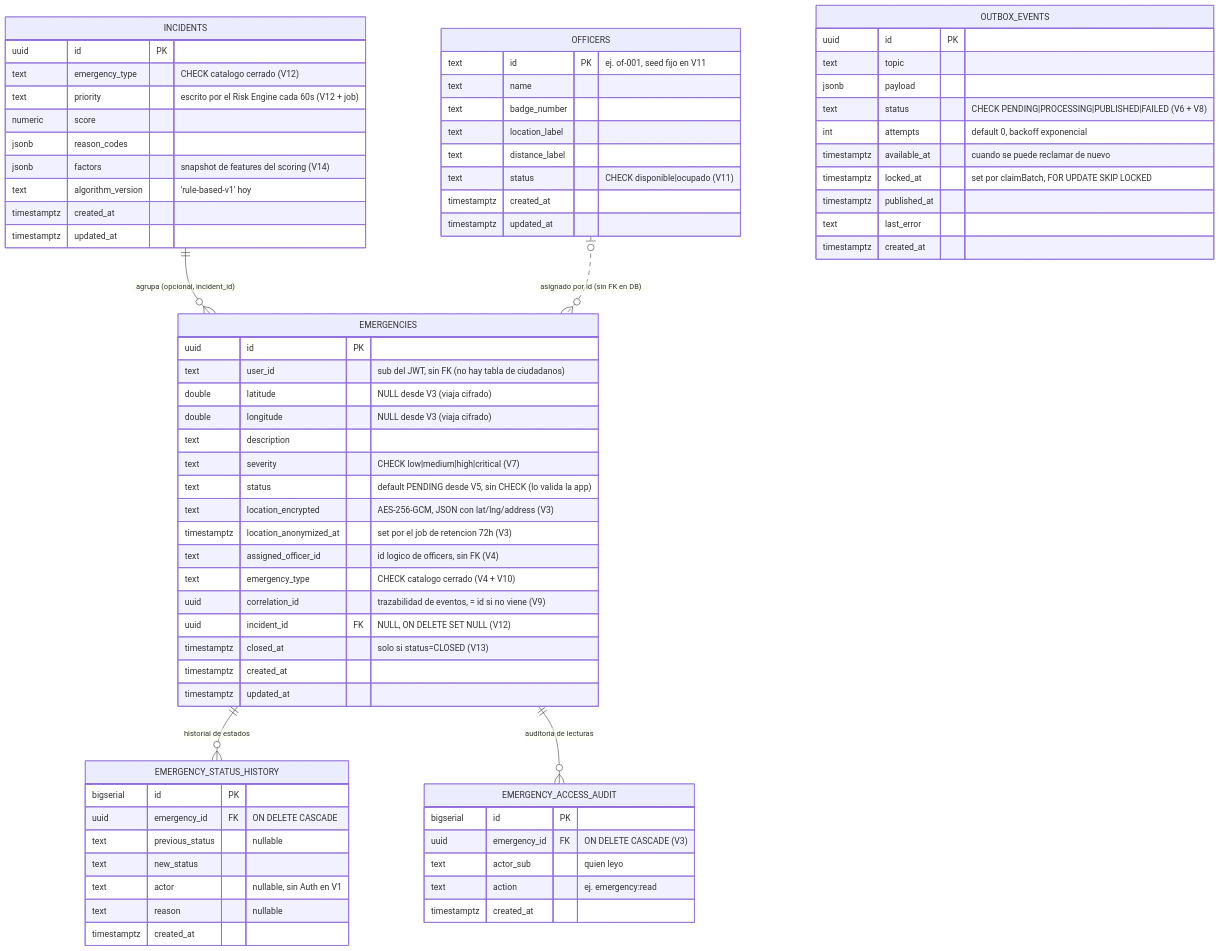
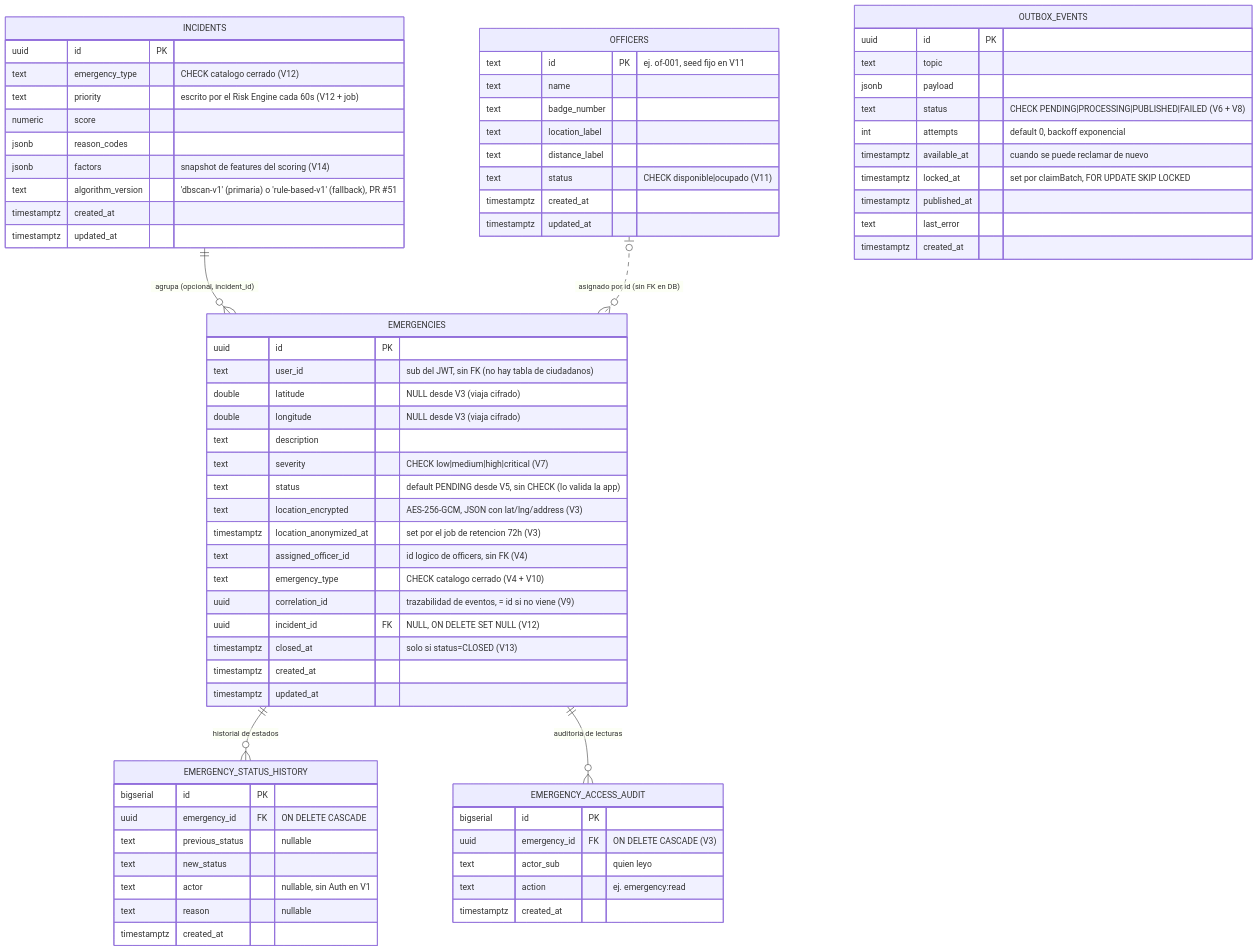
The diagram in docs/diagramas/02-modelo-entidad-relacion.md (G6D2/emergencias-backend), drawn with Mermaid before and after one commit. The commit also changed 4 other files, not shown here.

First line of the commit message:
docs: actualizar diagramas con DbscanGrouper e IncidentDetectionStrategy (#51)

````diff
--- a/docs/diagramas/02-modelo-entidad-relacion.md
+++ b/docs/diagramas/02-modelo-entidad-relacion.md
@@ -7,80 +7,80 @@
 ```mermaid
 erDiagram
     EMERGENCIES ||--o{ EMERGENCY_STATUS_HISTORY : "historial de estados"
     EMERGENCIES ||--o{ EMERGENCY_ACCESS_AUDIT : "auditoria de lecturas"
     INCIDENTS ||--o{ EMERGENCIES : "agrupa (opcional, incident_id)"
     OFFICERS |o..o{ EMERGENCIES : "asignado por id (sin FK en DB)"
 
     EMERGENCIES {
         uuid id PK
         text user_id "sub del JWT, sin FK (no hay tabla de ciudadanos)"
         double latitude "NULL desde V3 (viaja cifrado)"
         double longitude "NULL desde V3 (viaja cifrado)"
         text description
         text severity "CHECK low|medium|high|critical (V7)"
         text status "default PENDING desde V5, sin CHECK (lo valida la app)"
         text location_encrypted "AES-256-GCM, JSON con lat/lng/address (V3)"
         timestamptz location_anonymized_at "set por el job de retencion 72h (V3)"
         text assigned_officer_id "id logico de officers, sin FK (V4)"
         text emergency_type "CHECK catalogo cerrado (V4 + V10)"
         uuid correlation_id "trazabilidad de eventos, = id si no viene (V9)"
         uuid incident_id FK "NULL, ON DELETE SET NULL (V12)"
         timestamptz closed_at "solo si status=CLOSED (V13)"
         timestamptz created_at
         timestamptz updated_at
     }
 
     EMERGENCY_STATUS_HISTORY {
         bigserial id PK
         uuid emergency_id FK "ON DELETE CASCADE"
         text previous_status "nullable"
         text new_status
         text actor "nullable, sin Auth en V1"
         text reason "nullable"
         timestamptz created_at
     }
 
     EMERGENCY_ACCESS_AUDIT {
         bigserial id PK
         uuid emergency_id FK "ON DELETE CASCADE (V3)"
         text actor_sub "quien leyo"
         text action "ej. emergency:read"
         timestamptz created_at
     }
 
     OUTBOX_EVENTS {
         uuid id PK
         text topic
         jsonb payload
         text status "CHECK PENDING|PROCESSING|PUBLISHED|FAILED (V6 + V8)"
         int attempts "default 0, backoff exponencial"
         timestamptz available_at "cuando se puede reclamar de nuevo"
         timestamptz locked_at "set por claimBatch, FOR UPDATE SKIP LOCKED"
         timestamptz published_at
         text last_error
         timestamptz created_at
     }
 
     OFFICERS {
         text id PK "ej. of-001, seed fijo en V11"
         text name
         text badge_number
         text location_label
         text distance_label
         text status "CHECK disponible|ocupado (V11)"
         timestamptz created_at
         timestamptz updated_at
     }
 
     INCIDENTS {
         uuid id PK
         text emergency_type "CHECK catalogo cerrado (V12)"
         text priority "escrito por el Risk Engine cada 60s (V12 + job)"
         numeric score
         jsonb reason_codes
         jsonb factors "snapshot de features del scoring (V14)"
-        text algorithm_version "'rule-based-v1' hoy"
+        text algorithm_version "'dbscan-v1' (primaria) o 'rule-based-v1' (fallback), PR #51"
         timestamptz created_at
         timestamptz updated_at
     }
 ```
````
